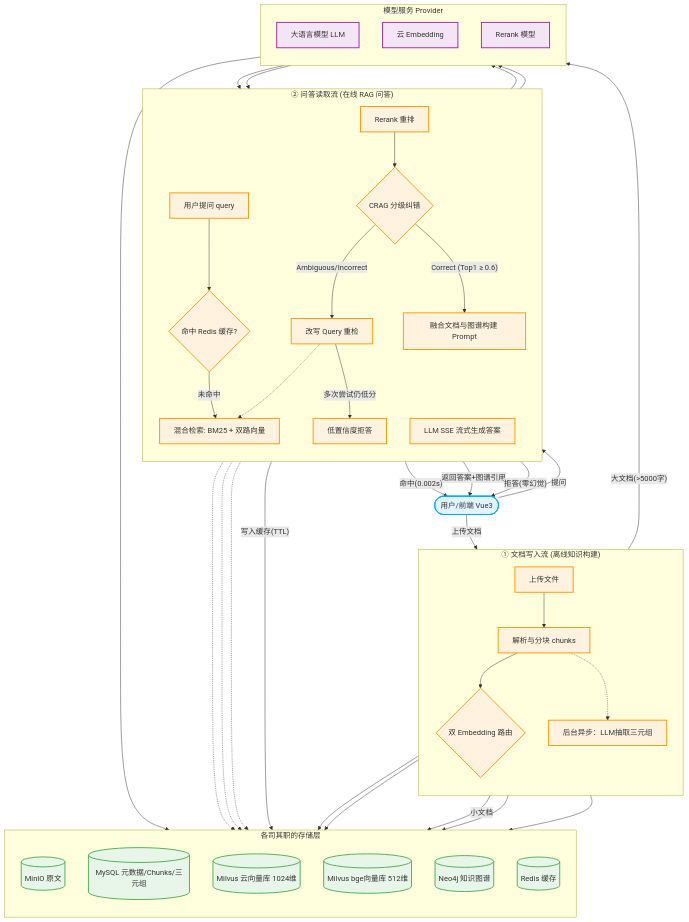
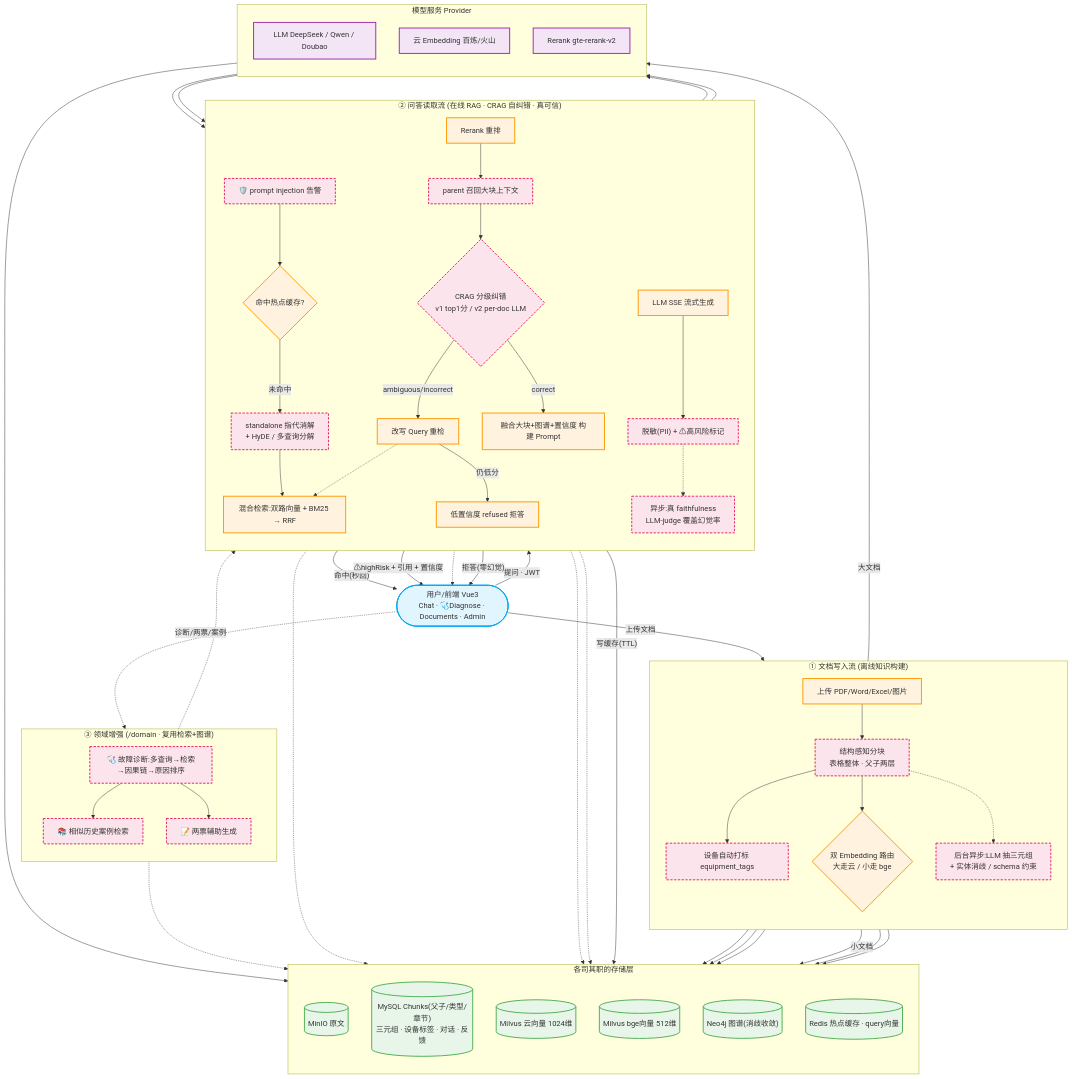
Before and after one commit to zhyese/grid-qa: the second of 5 diagrams in README.md, drawn with Mermaid.

Commit message:
docs(README): 竖版架构图对齐 v2
保留 flowchart TD + subgraph + classDef 结构，用粉色虚线(new)标注 v2 增量节点：
写入流加结构感知分块/设备打标/三元组消歧；读取流加安全护栏/standalone消解/HyDE/多查询/
parent召回/CRAG v2/脱敏高风险/真faithfulness；新增③领域增强(诊断/相似案例/两票)。

````diff
--- a/README.md
+++ b/README.md
@@ -90,85 +90,109 @@
 ```mermaid
 flowchart TD
-    %% 定义样式
+    %% 定义样式（new=粉色虚线，标注 v2 新增节点，一眼看增量）
     classDef client fill:#e1f5fe,stroke:#03a9f4,stroke-width:2px;
     classDef process fill:#fff3e0,stroke:#ff9800,stroke-width:2px;
     classDef storage fill:#e8f5e9,stroke:#4caf50,stroke-width:2px;
     classDef llm fill:#f3e5f5,stroke:#9c27b0,stroke-width:2px;
+    classDef new fill:#fce4ec,stroke:#e91e63,stroke-width:2px,stroke-dasharray:5 3;
 
-    User(["用户/前端 Vue3"]):::client
+    User(["用户/前端 Vue3<br/>Chat · 🩺Diagnose · Documents · Admin"]):::client
 
     subgraph WriteFlow ["① 文档写入流 (离线知识构建)"]
         direction TB
-        Upload["上传文件"]:::process
-        Parse["解析与分块 chunks"]:::process
-        EmbedRoute{"双 Embedding 路由"}:::process
-        ExtractKG["后台异步：LLM抽取三元组"]:::process
+        Upload["上传 PDF/Word/Excel/图片"]:::process
+        Parse["结构感知分块<br/>表格整体 · 父子两层"]:::new
+        EmbedRoute{"双 Embedding 路由<br/>大走云 / 小走 bge"}:::process
+        EqTag["设备自动打标 equipment_tags"]:::new
+        ExtractKG["后台异步:LLM 抽三元组<br/>+ 实体消歧 / schema 约束"]:::new
     end
 
     subgraph StorageLayer ["各司其职的存储层"]
         direction TB
         MinIO[("MinIO 原文")]:::storage
-        MySQL[("MySQL 元数据/Chunks/三元组")]:::storage
-        MilvusC[("Milvus 云向量库 1024维")]:::storage
-        MilvusB[("Milvus bge向量库 512维")]:::storage
-        Neo4j[("Neo4j 知识图谱")]:::storage
-        Redis[("Redis 缓存")]:::storage
+        MySQL[("MySQL Chunks(父子/类型/章节)<br/>三元组 · 设备标签 · 对话 · 反馈")]:::storage
+        MilvusC[("Milvus 云向量 1024维")]:::storage
+        MilvusB[("Milvus bge向量 512维")]:::storage
+        Neo4j[("Neo4j 图谱(消歧收敛)")]:::storage
+        Redis[("Redis 热点缓存 · query向量")]:::storage
     end
 
-    subgraph ReadFlow ["② 问答读取流 (在线 RAG 问答)"]
+    subgraph ReadFlow ["② 问答读取流 (在线 RAG · CRAG 自纠错 · 真可信)"]
         direction TB
-        Query["用户提问 query"]:::process
-        CheckCache{"命中 Redis 缓存?"}:::process
-        Retrieval["混合检索: BM25 + 双路向量"]:::process
+        Guard["🛡️ prompt injection 告警"]:::new
+        CheckCache{"命中热点缓存?"}:::process
+        Standalone["standalone 指代消解<br/>+ HyDE / 多查询分解"]:::new
+        Retrieval["混合检索:双路向量 + BM25 → RRF"]:::process
         Rerank["Rerank 重排"]:::process
-        CRAG{"CRAG 分级纠错"}:::process
+        Parent["parent 召回大块上下文"]:::new
+        CRAG{"CRAG 分级纠错<br/>v1 top1分 / v2 per-doc LLM"}:::new
         Rewrite["改写 Query 重检"]:::process
-        Refuse["低置信度拒答"]:::process
-        GenPrompt["融合文档与图谱构建 Prompt"]:::process
-        StreamGen["LLM SSE 流式生成答案"]:::process
+        Refuse["低置信度 refused 拒答"]:::process
+        GenPrompt["融合大块+图谱+置信度 构建 Prompt"]:::process
+        StreamGen["LLM SSE 流式生成"]:::process
+        Safe["脱敏(PII) + ⚠高风险标记"]:::new
+        Faith["异步:真 faithfulness<br/>LLM-judge 覆盖幻觉率"]:::new
+    end
+
+    subgraph DomainFlow ["③ 领域增强 (/domain · 复用检索+图谱)"]
+        direction TB
+        Diagnose["🩺 故障诊断:多查询→检索→因果链→原因排序"]:::new
+        Similar["📚 相似历史案例检索"]:::new
+        Ticket["📝 两票辅助生成"]:::new
     end
 
     subgraph CloudModels ["模型服务 Provider"]
         direction TB
-        LLM_Chat["大语言模型 LLM"]:::llm
-        LLM_Embed["云 Embedding"]:::llm
-        LLM_Rerank["Rerank 模型"]:::llm
+        LLM_Chat["LLM DeepSeek / Qwen / Doubao"]:::llm
+        LLM_Embed["云 Embedding 百炼/火山"]:::llm
+        LLM_Rerank["Rerank gte-rerank-v2"]:::llm
     end
 
-    %% 写入链路连接
+    %% 写入链路
     User --"上传文档"--> Upload
     Upload --> MinIO
     Upload --> Parse
     Parse --> MySQL
+    Parse --> EqTag
+    EqTag --> MySQL
     Parse --> EmbedRoute
-    Parse -.-> ExtractKG
-    EmbedRoute --"大文档(>5000字)"--> LLM_Embed
+    EmbedRoute --"大文档"--> LLM_Embed
     LLM_Embed --> MilvusC
     EmbedRoute --"小文档"--> MilvusB
+    Parse -.-> ExtractKG
     ExtractKG --> Neo4j
     ExtractKG --> MySQL
 
-    %% 读取链路连接
-    User --"提问"--> Query
-    Query --> CheckCache
-    CheckCache --"命中(0.002s)"--> User
-    CheckCache --"未命中"--> Retrieval
-    
+    %% 读取链路
+    User --"提问 · JWT"--> Guard
+    Guard --> CheckCache
+    CheckCache --"命中(秒回)"--> User
+    CheckCache --"未命中"--> Standalone
+    Standalone --> Retrieval
     Retrieval -.-> MilvusC
     Retrieval -.-> MilvusB
     Retrieval --> LLM_Rerank
     LLM_Rerank --> Rerank
-    Rerank --> CRAG
-    
-    CRAG --"Ambiguous/Incorrect"--> Rewrite
+    Rerank --> Parent
+    Parent --> CRAG
+    CRAG --"ambiguous/incorrect"--> Rewrite
     Rewrite -.-> Retrieval
-    Rewrite --"多次尝试仍低分"--> Refuse
-    
-    CRAG --"Correct (Top1 ≥ 0.6)"--> GenPrompt
+    Rewrite --"仍低分"--> Refuse
+    CRAG --"correct"--> GenPrompt
     GenPrompt -.-> Neo4j
     GenPrompt --> LLM_Chat
     LLM_Chat --> StreamGen
-    StreamGen --"写入缓存(TTL)"--> Redis
-    StreamGen --"返回答案+图谱引用"--> User
+    StreamGen --> Safe
+    Safe --"⚠highRisk + 引用 + 置信度"--> User
+    Safe -.-> Faith
+    Faith -.-> User
+    StreamGen --"写缓存(TTL)"--> Redis
     Refuse --"拒答(零幻觉)"--> User
+
+    %% 领域增强链路
+    User -.->|"诊断/两票/案例"| Diagnose
+    Diagnose -.-> Retrieval
+    Diagnose -.-> Neo4j
+    Diagnose --> Similar
+    Diagnose --> Ticket
 ```
````
